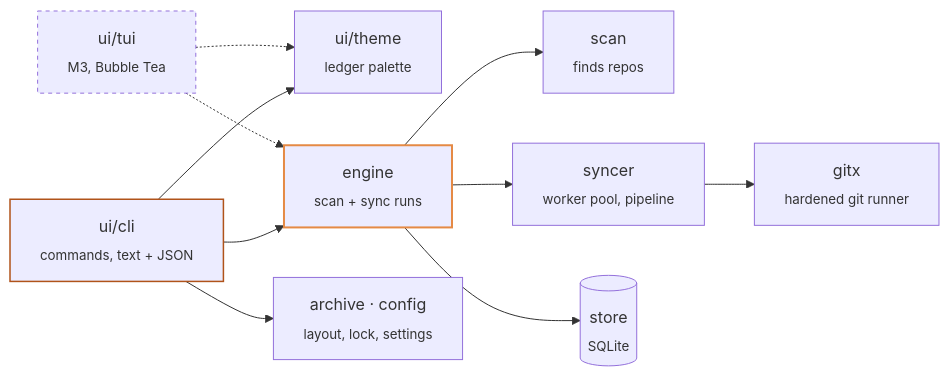
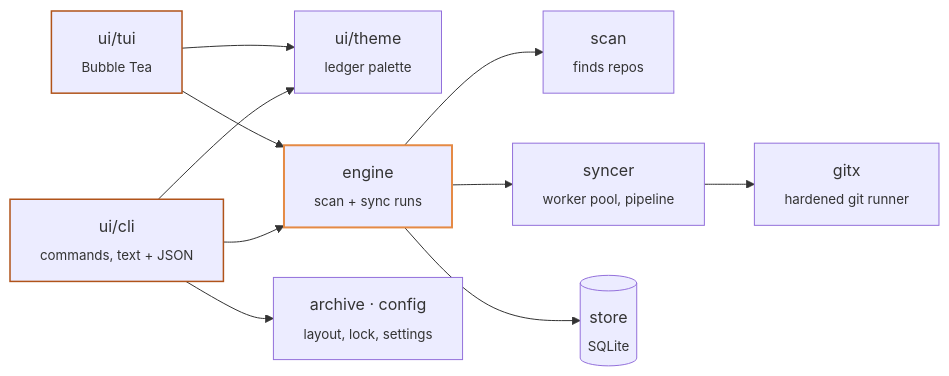
The diagram in README.md (TTox-Tech/ChitraGit), drawn with Mermaid before and after one commit. The commit also changed other lines of this file and 35 other files, not shown here.

````diff
--- a/README.md
+++ b/README.md
@@ -219,26 +233,25 @@
 ```mermaid
 flowchart LR
   cli["ui/cli<br/><sub>commands, text + JSON</sub>"]:::ui
-  tui["ui/tui<br/><sub>M3, Bubble Tea</sub>"]:::later
+  tui["ui/tui<br/><sub>Bubble Tea</sub>"]:::ui
   theme["ui/theme<br/><sub>ledger palette</sub>"]
   engine["engine<br/><sub>scan + sync runs</sub>"]:::core
   scan["scan<br/><sub>finds repos</sub>"]
   syncer["syncer<br/><sub>worker pool, pipeline</sub>"]
   gitx["gitx<br/><sub>hardened git runner</sub>"]
   store[("store<br/><sub>SQLite</sub>")]
   archive["archive · config<br/><sub>layout, lock, settings</sub>"]
 
   cli --> engine
-  tui -.-> engine
+  tui --> engine
   cli --> theme
-  tui -.-> theme
+  tui --> theme
   cli --> archive
   engine --> scan
   engine --> syncer
   engine --> store
   syncer --> gitx
 
   classDef core stroke:#E58A45,stroke-width:2px
   classDef ui stroke:#B0531A,stroke-width:1.5px
-  classDef later stroke-dasharray:4 4
 ```
````
